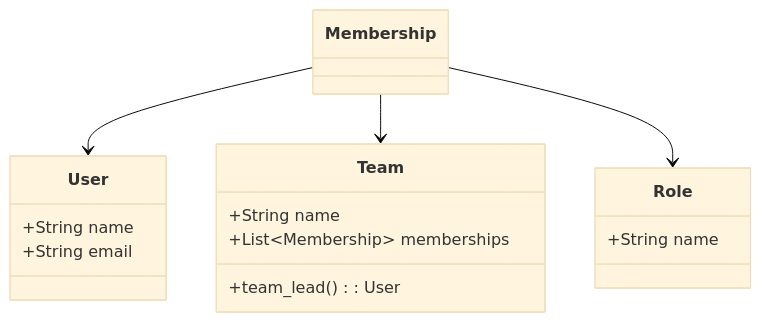
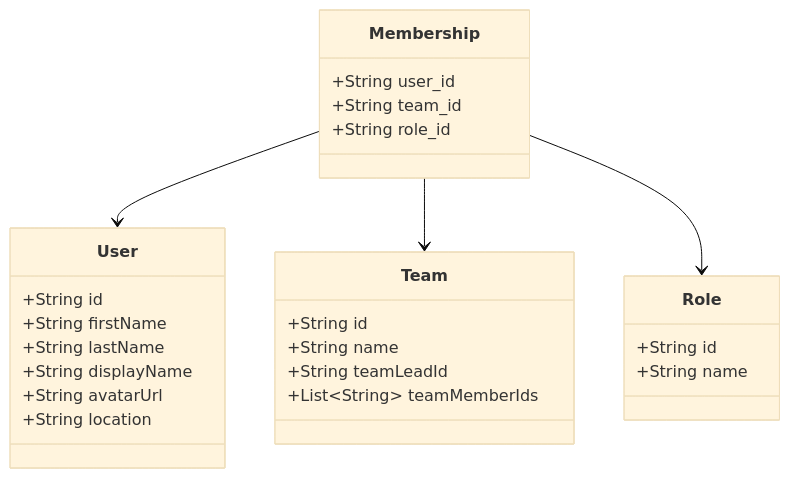
The second of 2 diagrams in docs/membership.md (rodrigo93/priceline-roles), drawn with Mermaid (base theme) before and after one commit. The commit also changed 3 other files, not shown here.

````diff
--- a/docs/membership.md
+++ b/docs/membership.md
@@ -17,20 +17,29 @@
 ```mermaid
 classDiagram
     Membership --> User
     Membership --> Team
     Membership --> Role
     class User{
+      +String id
+      +String firstName
+      +String lastName
+      +String displayName
+      +String avatarUrl
+      +String location
+    }
+    class Team{ 
+      +String id
       +String name
-      +String email
-    }
-    class Team{
-      +String name
-      +List~Membership~ memberships
-      +team_lead() : User
+      +String teamLeadId
+      +List~String~ teamMemberIds
     }
     class Role{
+      +String id
       +String name
     }
-    class Membership {
+    class Membership { 
+      +String user_id
+      +String team_id
+      +String role_id
     }
 ```
````
